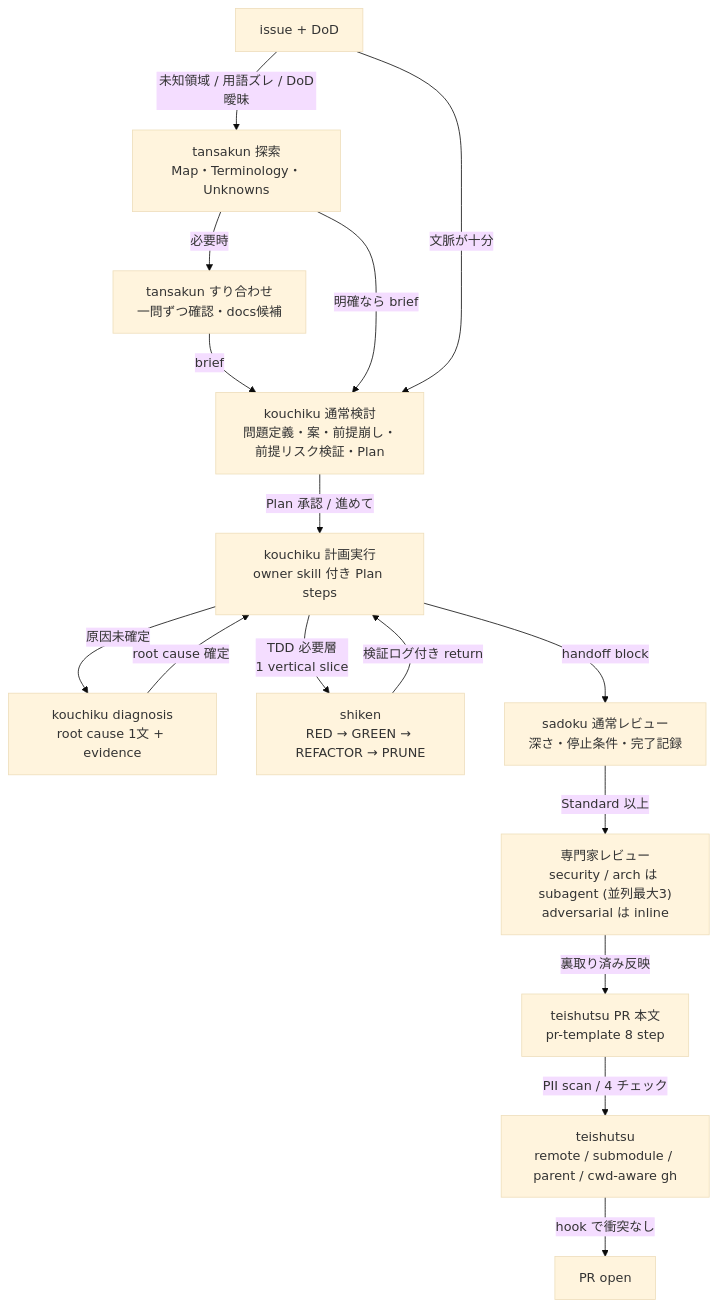
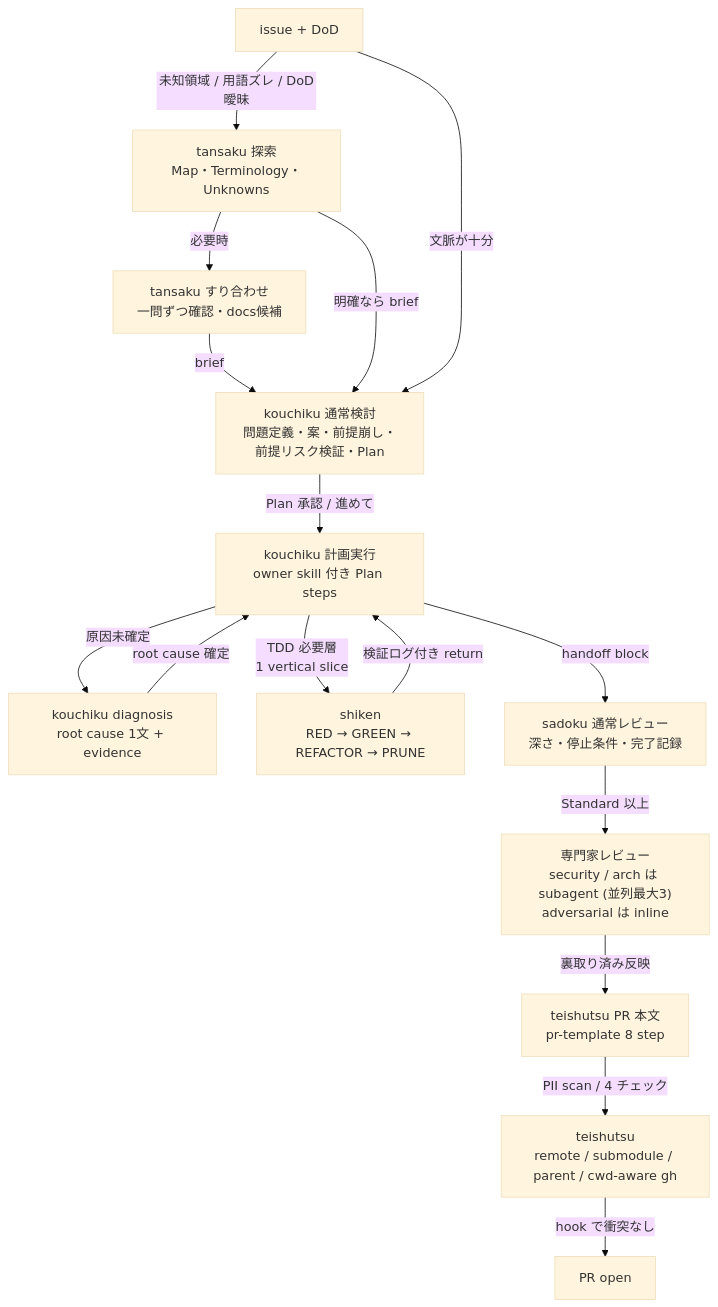
One commit to hayashiii-ghub/hikizan changed the second of 6 diagrams in docs/workflow.md. Above: the diagram before and after it, drawn with Mermaid (base theme). The commit also changed other lines of this file and 6 other files, not shown here.

Commit message:
docs: rename tansakun references to tansaku across skills and routing docs.

````diff
--- a/docs/workflow.md
+++ b/docs/workflow.md
@@ -70,18 +70,18 @@
 ```mermaid
 flowchart TB
-  A["issue + DoD"] -->|"未知領域 / 用語ズレ / DoD曖昧"| A1["tansakun 探索<br/>Map・Terminology・Unknowns"]
-  A1 -->|"必要時"| A2["tansakun すり合わせ<br/>一問ずつ確認・docs候補"]
+  A["issue + DoD"] -->|"未知領域 / 用語ズレ / DoD曖昧"| A1["tansaku 探索<br/>Map・Terminology・Unknowns"]
+  A1 -->|"必要時"| A2["tansaku すり合わせ<br/>一問ずつ確認・docs候補"]
   A2 -->|"brief"| B["kouchiku 通常検討<br/>問題定義・案・前提崩し・前提リスク検証・Plan"]
   A1 -->|"明確なら brief"| B
   A -->|"文脈が十分"| B
   B -->|"Plan 承認 / 進めて"| C["kouchiku 計画実行<br/>owner skill 付き Plan steps"]
   C -->|"原因未確定"| I["kouchiku diagnosis<br/>root cause 1文 + evidence"]
   I -->|"root cause 確定"| C
   C -->|"TDD 必要層<br/>1 vertical slice"| D["shiken<br/>RED → GREEN → REFACTOR → PRUNE"]
   D -->|"検証ログ付き return"| C
   C -->|"handoff block"| E["sadoku 通常レビュー<br/>深さ・停止条件・完了記録"]
   E -->|"Standard 以上"| F["専門家レビュー<br/>security / arch は subagent (並列最大3)<br/>adversarial は inline"]
   F -->|"裏取り済み反映"| G["teishutsu PR 本文<br/>pr-template 8 step"]
   G -->|"PII scan / 4 チェック"| H["teishutsu<br/>remote / submodule / parent / cwd-aware gh"]
   H -->|"hook で衝突なし"| J["PR open"]
 ```
````
